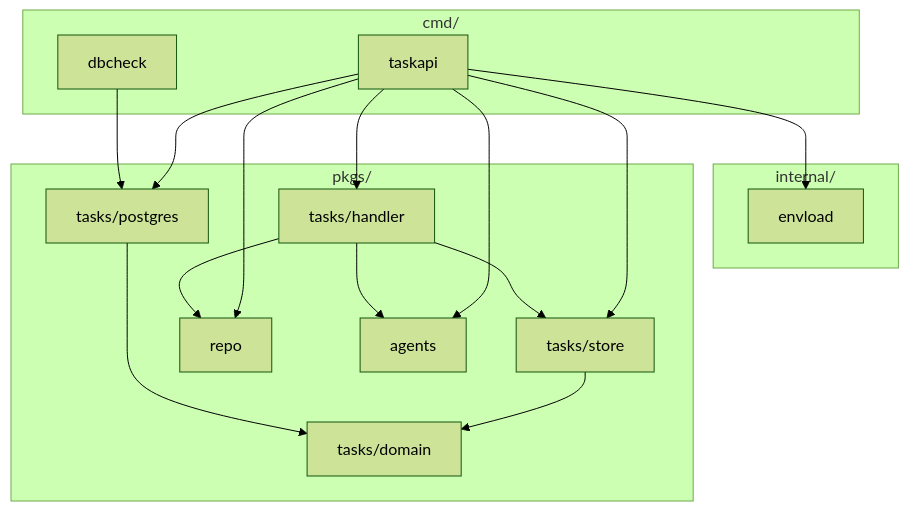
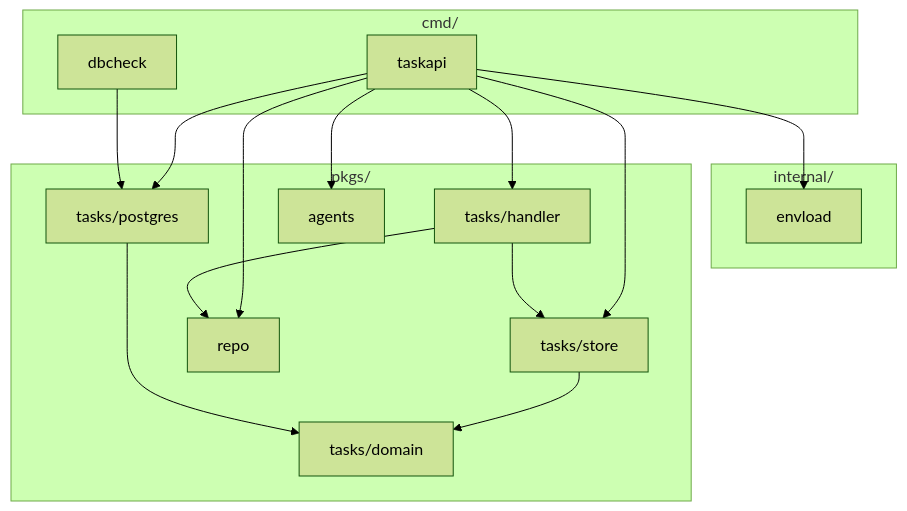
One commit to AlexsanderHamir/T2A changed the second of 8 diagrams in docs/DESIGN.md. Above: the diagram before and after it, drawn with Mermaid (forest theme). The commit also changed other lines of this file and 24 other files, not shown here.

````diff
--- a/docs/DESIGN.md
+++ b/docs/DESIGN.md
@@ -59,31 +59,30 @@
 ```mermaid
 flowchart TB
   subgraph cmd["cmd/"]
     TA[taskapi]
     DC[dbcheck]
   end
   subgraph internal["internal/"]
     EL[envload]
   end
   subgraph pkgs["pkgs/"]
     H[tasks/handler]
     ST[tasks/store]
     PG[tasks/postgres]
     DM[tasks/domain]
     RP[repo]
     AG[agents]
   end
 
   TA --> EL
   TA --> PG
   TA --> ST
   TA --> H
   TA --> RP
   DC --> PG
   H --> ST
   H --> RP
   TA --> AG
-  H --> AG
   ST --> DM
   PG --> DM
 ```
````
